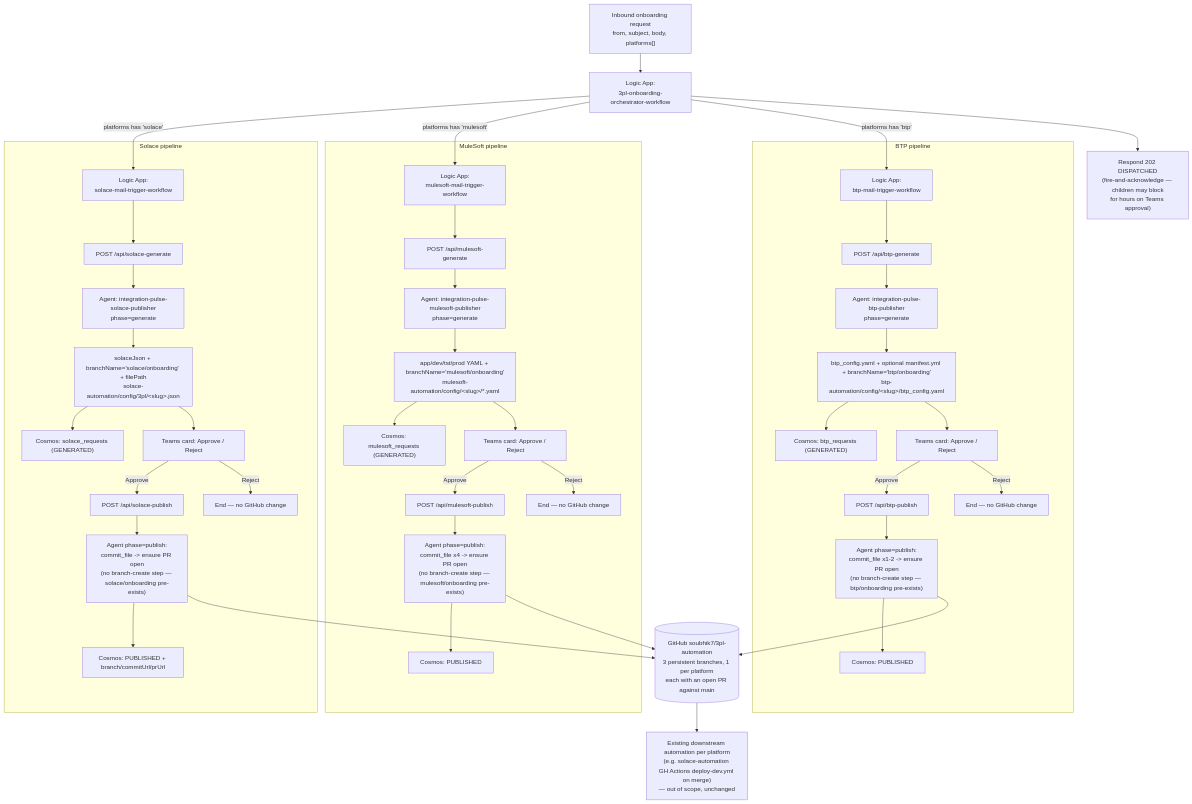
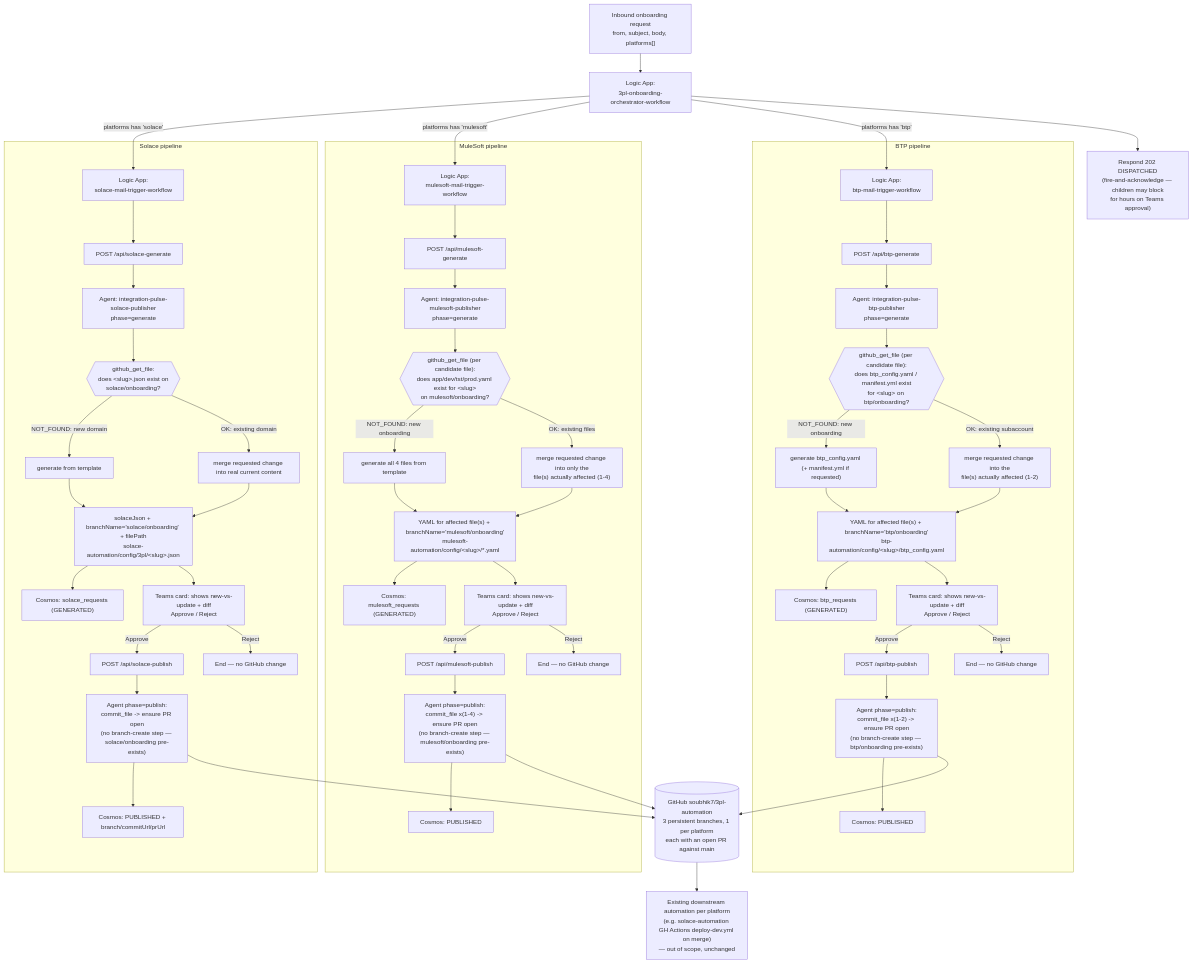
Before and after one commit to soubhik7/3pl-automation: the first of 2 diagrams in 3PL-Automation-AI-Foundry/diagrams/flow-overview.md, drawn with Mermaid. The commit also changed other lines of this file and 20 other files, not shown here.

````diff
--- a/3PL-Automation-AI-Foundry/diagrams/flow-overview.md
+++ b/3PL-Automation-AI-Foundry/diagrams/flow-overview.md
@@ -11,50 +11,62 @@
 ```mermaid
 flowchart TD
     A["Inbound onboarding request<br/>from, subject, body, platforms[]"] --> B["Logic App:<br/>3pl-onboarding-orchestrator-workflow"]
 
     B -->|platforms has 'solace'| C["Logic App:<br/>solace-mail-trigger-workflow"]
     B -->|platforms has 'mulesoft'| D["Logic App:<br/>mulesoft-mail-trigger-workflow"]
     B -->|platforms has 'btp'| E["Logic App:<br/>btp-mail-trigger-workflow"]
     B --> F["Respond 202 DISPATCHED<br/>(fire-and-acknowledge — children may block<br/>for hours on Teams approval)"]
 
     subgraph SOL[Solace pipeline]
         C --> C1["POST /api/solace-generate"]
         C1 --> C2["Agent: integration-pulse-solace-publisher<br/>phase=generate"]
-        C2 --> C3["solaceJson + branchName='solace/onboarding' + filePath<br/>solace-automation/config/3pl/&lt;slug&gt;.json"]
+        C2 --> C2R{{"github_get_file:<br/>does &lt;slug&gt;.json exist on<br/>solace/onboarding?"}}
+        C2R -->|NOT_FOUND: new domain| C2N["generate from template"]
+        C2R -->|OK: existing domain| C2U["merge requested change into real current content"]
+        C2N --> C3["solaceJson + branchName='solace/onboarding' + filePath<br/>solace-automation/config/3pl/&lt;slug&gt;.json"]
+        C2U --> C3
         C3 --> C4["Cosmos: solace_requests (GENERATED)"]
-        C3 --> C5["Teams card: Approve / Reject"]
+        C3 --> C5["Teams card: shows new-vs-update + diff<br/>Approve / Reject"]
         C5 -->|Approve| C6["POST /api/solace-publish"]
         C5 -->|Reject| CX["End — no GitHub change"]
         C6 --> C7["Agent phase=publish:<br/>commit_file -> ensure PR open<br/>(no branch-create step — solace/onboarding pre-exists)"]
         C7 --> C8["Cosmos: PUBLISHED + branch/commitUrl/prUrl"]
     end
 
     subgraph MULE[MuleSoft pipeline]
         D --> D1["POST /api/mulesoft-generate"]
         D1 --> D2["Agent: integration-pulse-mulesoft-publisher<br/>phase=generate"]
-        D2 --> D3["app/dev/tst/prod YAML + branchName='mulesoft/onboarding'<br/>mulesoft-automation/config/&lt;slug&gt;/*.yaml"]
+        D2 --> D2R{{"github_get_file (per candidate file):<br/>does app/dev/tst/prod.yaml exist for &lt;slug&gt;<br/>on mulesoft/onboarding?"}}
+        D2R -->|NOT_FOUND: new onboarding| D2N["generate all 4 files from template"]
+        D2R -->|OK: existing files| D2U["merge requested change into only the<br/>file(s) actually affected (1-4)"]
+        D2N --> D3["YAML for affected file(s) + branchName='mulesoft/onboarding'<br/>mulesoft-automation/config/&lt;slug&gt;/*.yaml"]
+        D2U --> D3
         D3 --> D4["Cosmos: mulesoft_requests (GENERATED)"]
-        D3 --> D5["Teams card: Approve / Reject"]
+        D3 --> D5["Teams card: shows new-vs-update + diff<br/>Approve / Reject"]
         D5 -->|Approve| D6["POST /api/mulesoft-publish"]
         D5 -->|Reject| DX["End — no GitHub change"]
-        D6 --> D7["Agent phase=publish:<br/>commit_file x4 -> ensure PR open<br/>(no branch-create step — mulesoft/onboarding pre-exists)"]
+        D6 --> D7["Agent phase=publish:<br/>commit_file x(1-4) -> ensure PR open<br/>(no branch-create step — mulesoft/onboarding pre-exists)"]
         D7 --> D8["Cosmos: PUBLISHED"]
     end
 
     subgraph BTP[BTP pipeline]
         E --> E1["POST /api/btp-generate"]
         E1 --> E2["Agent: integration-pulse-btp-publisher<br/>phase=generate"]
-        E2 --> E3["btp_config.yaml + optional manifest.yml + branchName='btp/onboarding'<br/>btp-automation/config/&lt;slug&gt;/btp_config.yaml"]
+        E2 --> E2R{{"github_get_file (per candidate file):<br/>does btp_config.yaml / manifest.yml exist<br/>for &lt;slug&gt; on btp/onboarding?"}}
+        E2R -->|NOT_FOUND: new onboarding| E2N["generate btp_config.yaml (+ manifest.yml if requested)"]
+        E2R -->|OK: existing subaccount| E2U["merge requested change into the<br/>file(s) actually affected (1-2)"]
+        E2N --> E3["YAML for affected file(s) + branchName='btp/onboarding'<br/>btp-automation/config/&lt;slug&gt;/btp_config.yaml"]
+        E2U --> E3
         E3 --> E4["Cosmos: btp_requests (GENERATED)"]
-        E3 --> E5["Teams card: Approve / Reject"]
+        E3 --> E5["Teams card: shows new-vs-update + diff<br/>Approve / Reject"]
         E5 -->|Approve| E6["POST /api/btp-publish"]
         E5 -->|Reject| EX["End — no GitHub change"]
-        E6 --> E7["Agent phase=publish:<br/>commit_file x1-2 -> ensure PR open<br/>(no branch-create step — btp/onboarding pre-exists)"]
+        E6 --> E7["Agent phase=publish:<br/>commit_file x(1-2) -> ensure PR open<br/>(no branch-create step — btp/onboarding pre-exists)"]
         E7 --> E8["Cosmos: PUBLISHED"]
     end
 
     C7 --> G[("GitHub soubhik7/3pl-automation<br/>3 persistent branches, 1 per platform<br/>each with an open PR against main")]
     D7 --> G
     E7 --> G
     G --> H["Existing downstream automation per platform<br/>(e.g. solace-automation GH Actions deploy-dev.yml on merge)<br/>— out of scope, unchanged"]
 ```
````
